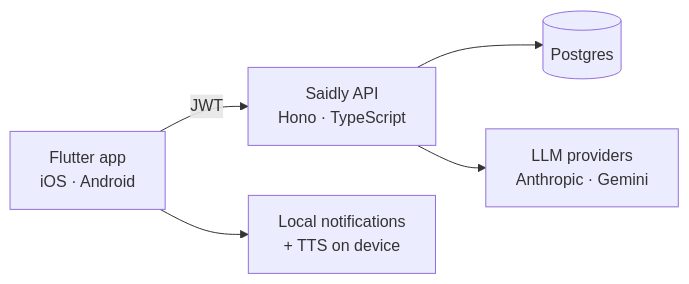
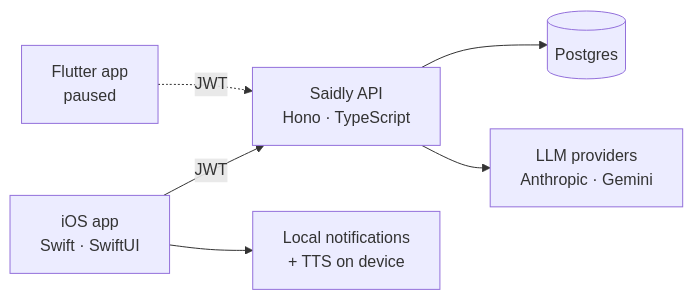
The diagram in README.md (domagojLumoLab/saidly), drawn with Mermaid before and after one commit. The commit also changed other lines of this file and 1 other file, not shown here.

Commit message:
docs: decide on a native iOS client first, pause Flutter

````diff
--- a/README.md
+++ b/README.md
@@ -26,7 +27,8 @@
 ```mermaid
 flowchart LR
-  A[Flutter app<br/>iOS · Android] -- JWT --> B[Saidly API<br/>Hono · TypeScript]
+  A[iOS app<br/>Swift · SwiftUI] -- JWT --> B[Saidly API<br/>Hono · TypeScript]
   B --> C[(Postgres)]
   B --> D[LLM providers<br/>Anthropic · Gemini]
   A --> E[Local notifications<br/>+ TTS on device]
+  F[Flutter app<br/>paused] -. JWT .-> B
 ```
````
